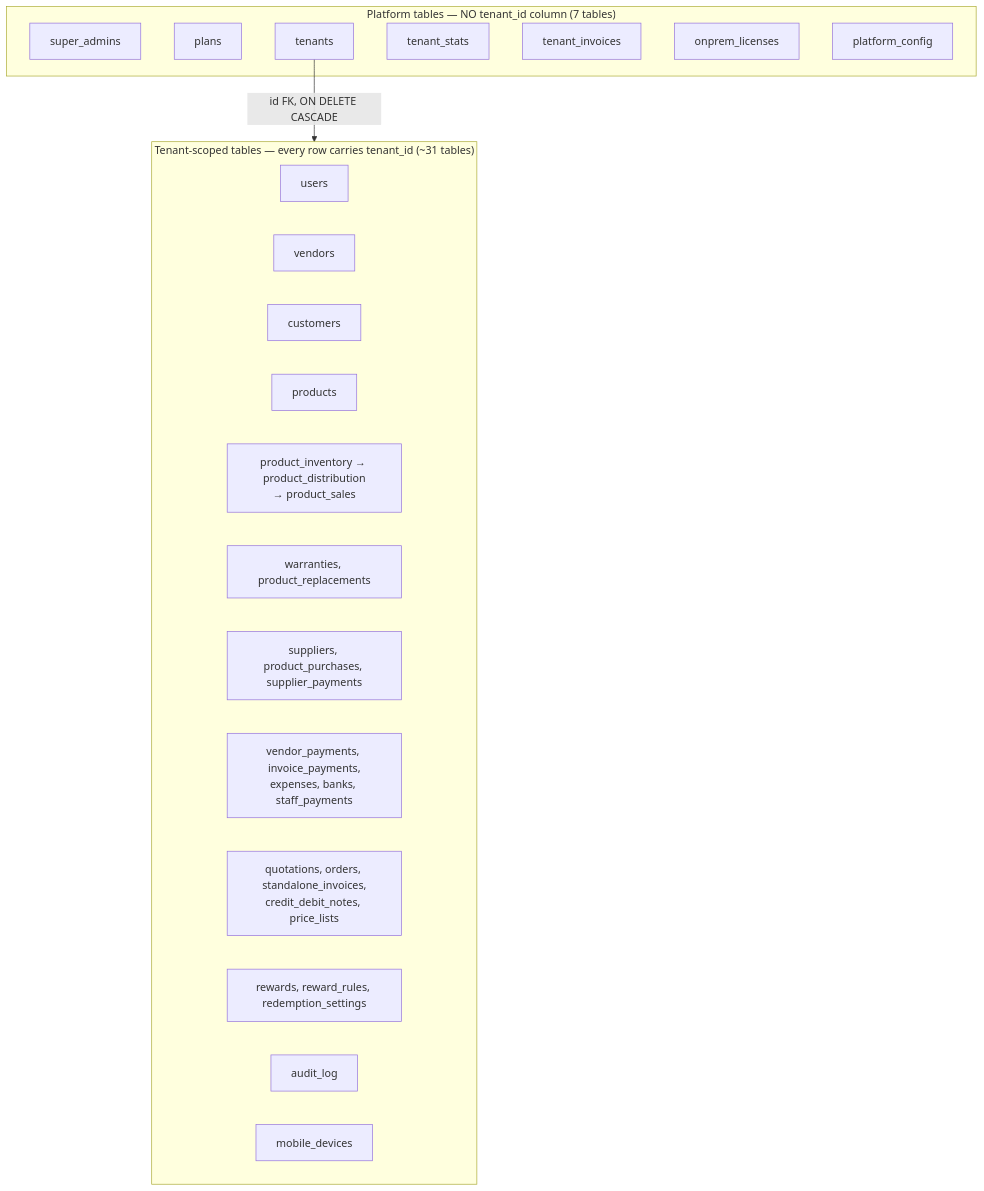
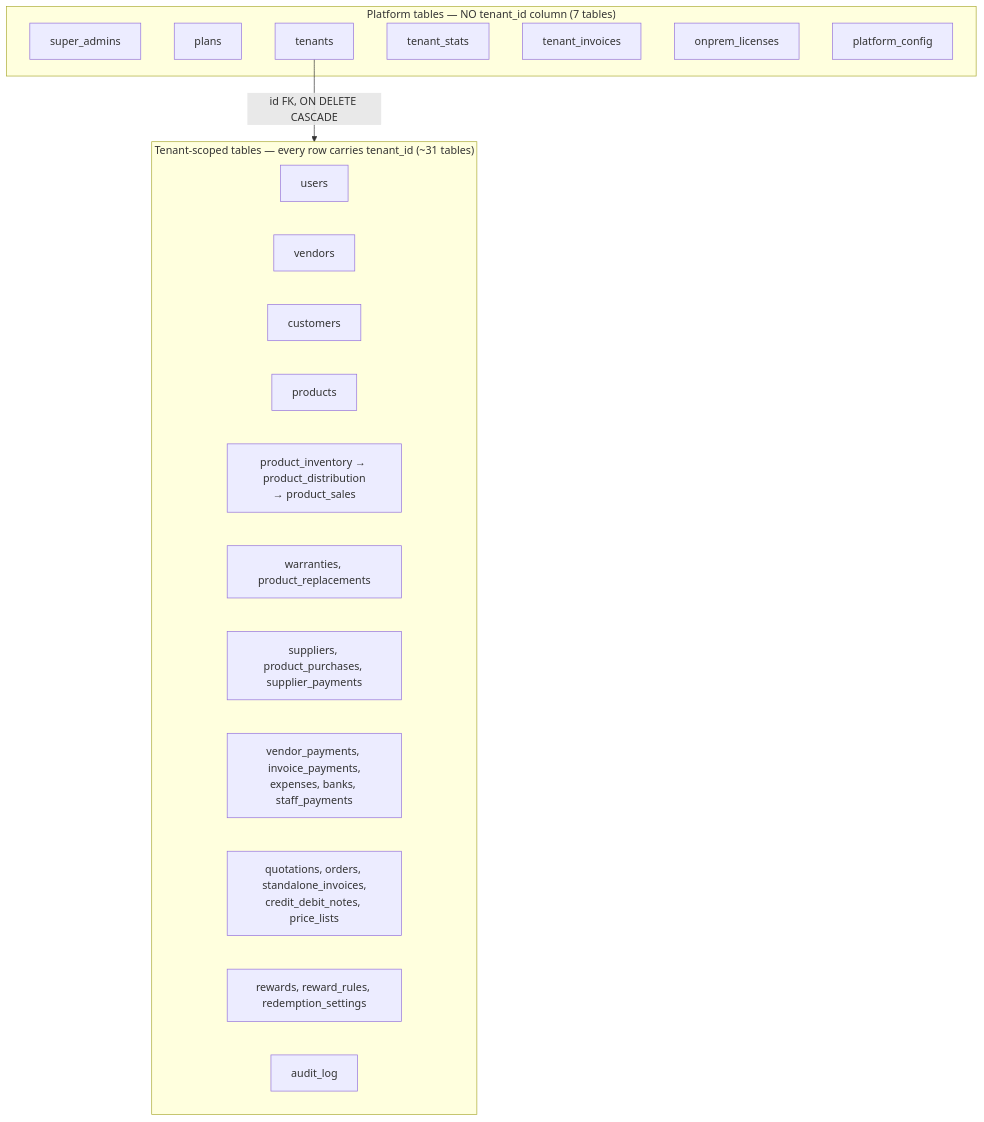
Before and after one commit to prathame/DG-ERP: the first of 2 diagrams in engineering-academy/docs/database/schema-overview.md, drawn with Mermaid. The commit also changed 65 other files, not shown here.

````diff
--- a/engineering-academy/docs/database/schema-overview.md
+++ b/engineering-academy/docs/database/schema-overview.md
@@ -17,27 +17,26 @@
 ```mermaid
 flowchart TB
     subgraph Platform["Platform tables — NO tenant_id column (7 tables)"]
         SA[super_admins]
         Plans[plans]
         Tenants[tenants]
         TStats[tenant_stats]
         TInv[tenant_invoices]
         OnpremLic[onprem_licenses]
         PlatformCfg[platform_config]
     end
     subgraph TenantScoped["Tenant-scoped tables — every row carries tenant_id (~31 tables)"]
         Users[users]
         Vendors[vendors]
         Customers[customers]
         Products[products]
         Inventory["product_inventory → product_distribution\n→ product_sales"]
         Warranty["warranties, product_replacements"]
         Purchases["suppliers, product_purchases, supplier_payments"]
         Money["vendor_payments, invoice_payments,\nexpenses, banks, staff_payments"]
         Docs["quotations, orders, standalone_invoices,\ncredit_debit_notes, price_lists"]
         Rewards["rewards, reward_rules, redemption_settings"]
         Audit[audit_log]
-        Mobile[mobile_devices]
     end
     Tenants -->|"id FK, ON DELETE CASCADE"| TenantScoped
 ```
````
